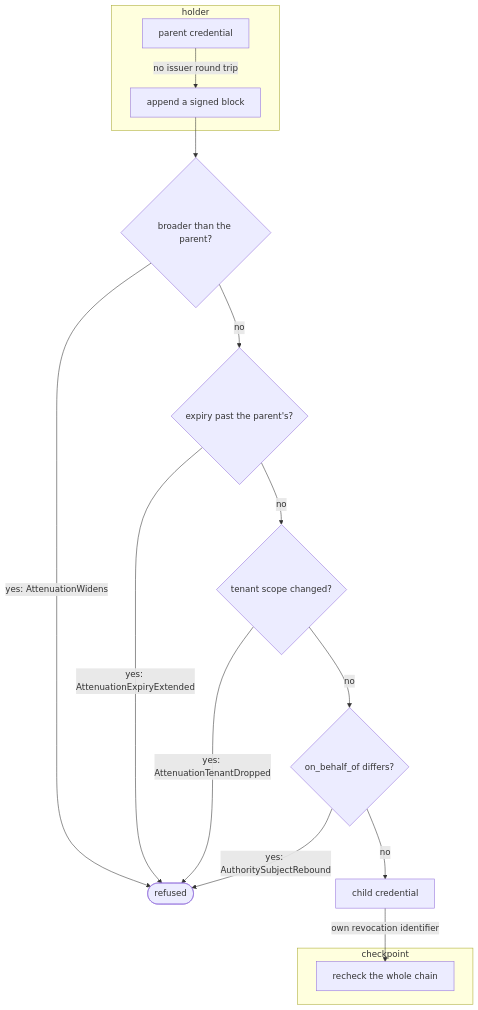
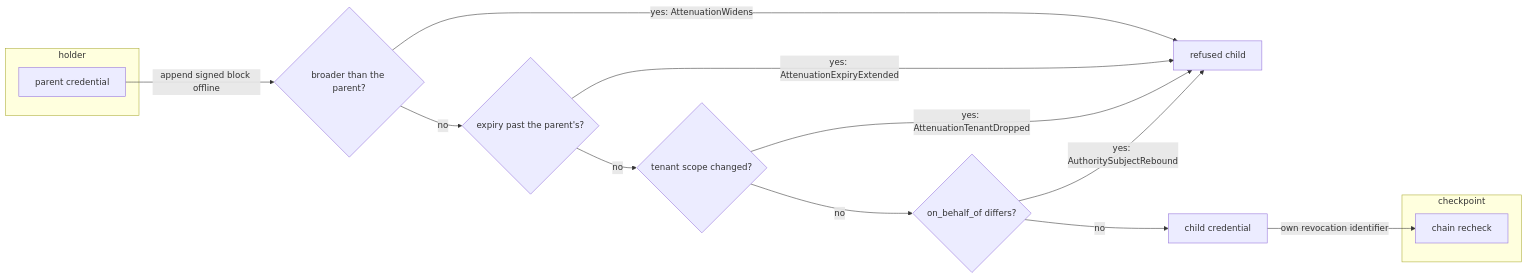
The second of 5 diagrams in spec/50-authority.md (fractalboxdev/contextful), drawn with Mermaid before and after one commit. The commit also changed other lines of this file and 31 other files, not shown here.

First line of the commit message:
spec: every diagram draws things as nodes and what flows as labelled edges

````diff
--- a/spec/50-authority.md
+++ b/spec/50-authority.md
@@ -211,19 +197,19 @@
 ```mermaid
-flowchart TD
+flowchart LR
   subgraph HOLD["holder"]
-    P["parent credential"] -- "no issuer round trip" --> D["append a signed block"]
+    P["parent credential"]
   end
-  D --> W{"broader than the parent?"}
-  W -- "yes: AttenuationWidens" --> R(["refused"])
-  W -- no --> X{"expiry past the parent's?"}
+  P -- "append signed block offline" --> W{"broader than the parent?"}
+  W -- "yes: AttenuationWidens" --> R["refused child"]
+  W -- "no" --> X{"expiry past the parent's?"}
   X -- "yes: AttenuationExpiryExtended" --> R
-  X -- no --> T{"tenant scope changed?"}
+  X -- "no" --> T{"tenant scope changed?"}
   T -- "yes: AttenuationTenantDropped" --> R
-  T -- no --> O{"on_behalf_of differs?"}
+  T -- "no" --> O{"on_behalf_of differs?"}
   O -- "yes: AuthoritySubjectRebound" --> R
-  O -- no --> C["child credential"]
+  O -- "no" --> C["child credential"]
   subgraph CPZ["checkpoint"]
-    CP["recheck the whole chain"]
+    CP["chain recheck"]
   end
   C -- "own revocation identifier" --> CP
 ```
````
